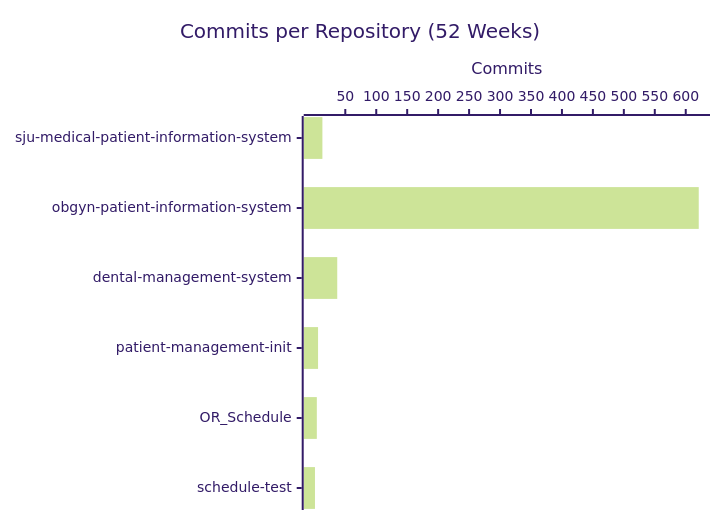
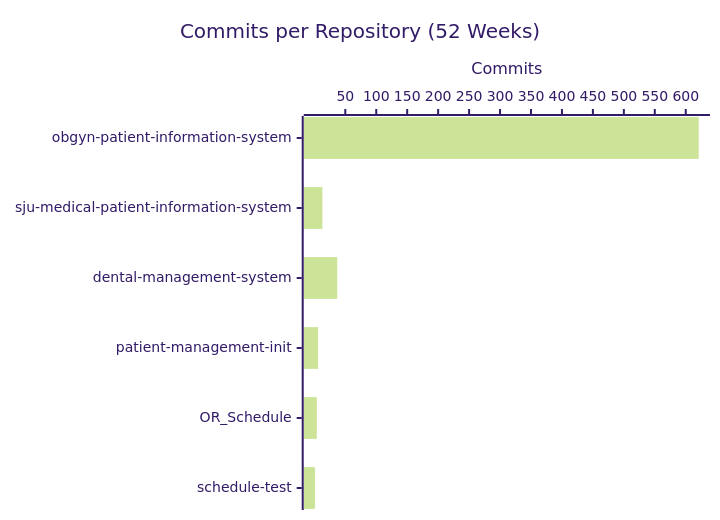
The second of 4 diagrams in profile/README.md (CSTH-Projects/.github), drawn with Mermaid (forest theme) before and after one commit. The commit also changed other lines of this file, not shown here.

````diff
--- a/profile/README.md
+++ b/profile/README.md
@@ -24,7 +24,7 @@
 ```mermaid
 xychart-beta horizontal
     title "Commits per Repository (52 Weeks)"
-    x-axis ["sju-medical-patient-information-system", "obgyn-patient-information-system", "dental-management-system", "patient-management-init", "OR_Schedule", "schedule-test"]
+    x-axis ["obgyn-patient-information-system", "sju-medical-patient-information-system", "dental-management-system", "patient-management-init", "OR_Schedule", "schedule-test"]
     y-axis "Commits"
-    bar [13, 621, 37, 6, 4, 1]
+    bar [621, 13, 37, 6, 4, 1]
 ```
````
